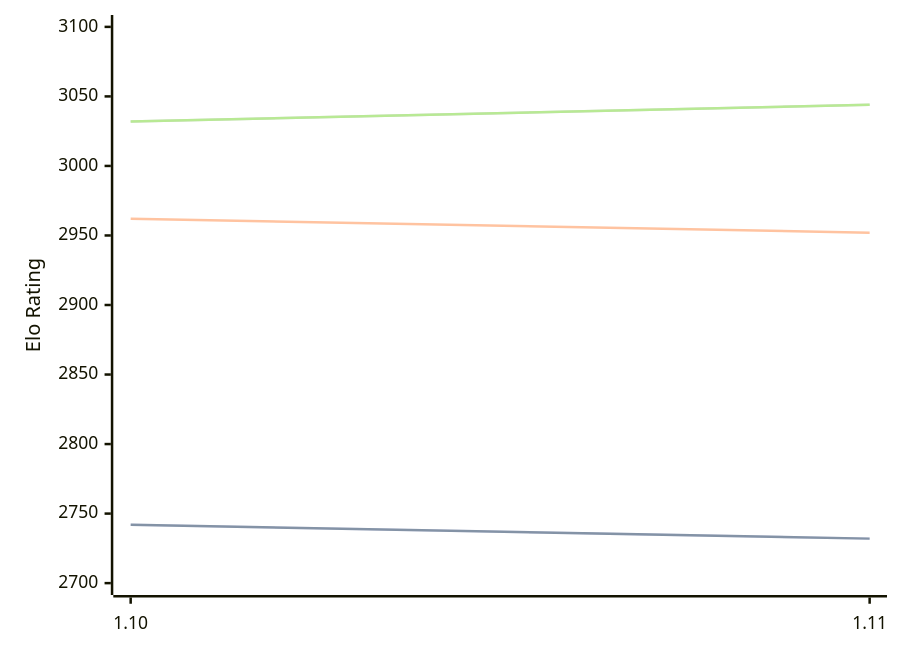
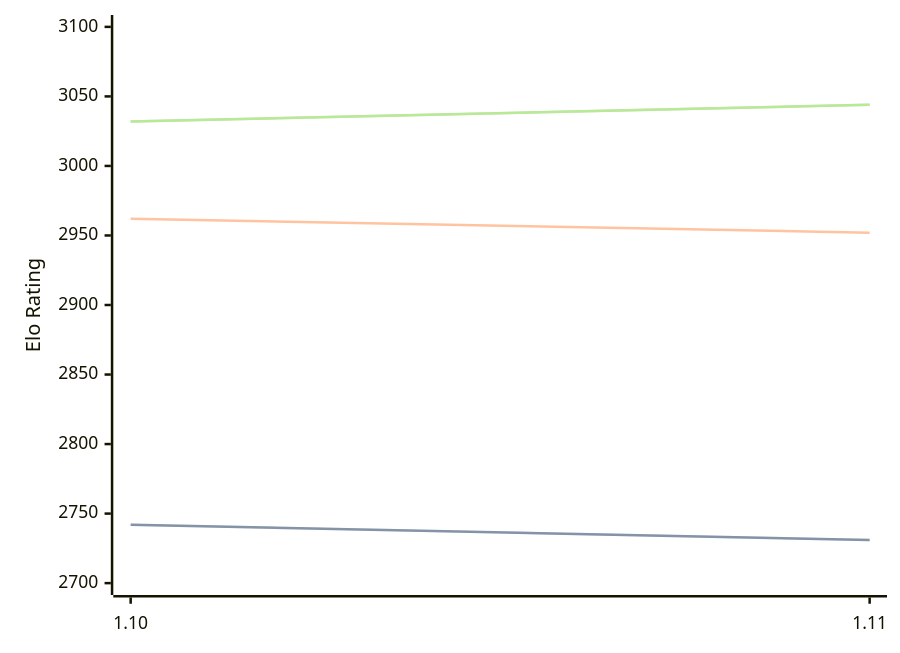
One commit to computer-chess-index/cci changed the diagram in engines/Roc.md. Above: the diagram before and after it, drawn with Mermaid. The commit also changed other lines of this file, not shown here.

````diff
--- a/engines/Roc.md
+++ b/engines/Roc.md
@@ -42,11 +42,11 @@
 ```mermaid
 %%{init: {"theme":"base","themeVariables":{"seriesColors:['#a3a3a3','#222221','#faa371']}}}%%
 xychart-beta
   x-axis ["1.10", "1.11"]
   y-axis "Elo Rating" 2700 --> 3100
-  line "" [2742, 2732]
-  line "STC (8.0+0.08s)" [2742, 2732]
+  line "" [2742, 2731]
+  line "STC (8.0+0.08s)" [2742, 2731]
   line "LTC (60.0+0.60s)" [2962, 2952]
   line "" [3032, 3044]
   line "VLTC (2m24s+1.12s)" [3032, 3044]
 ```
````
